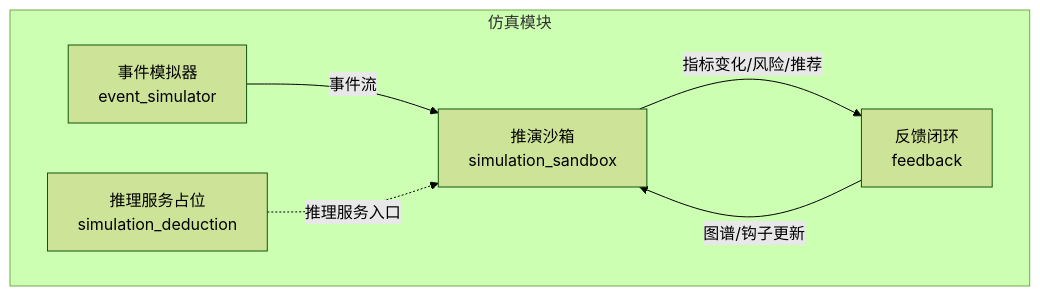
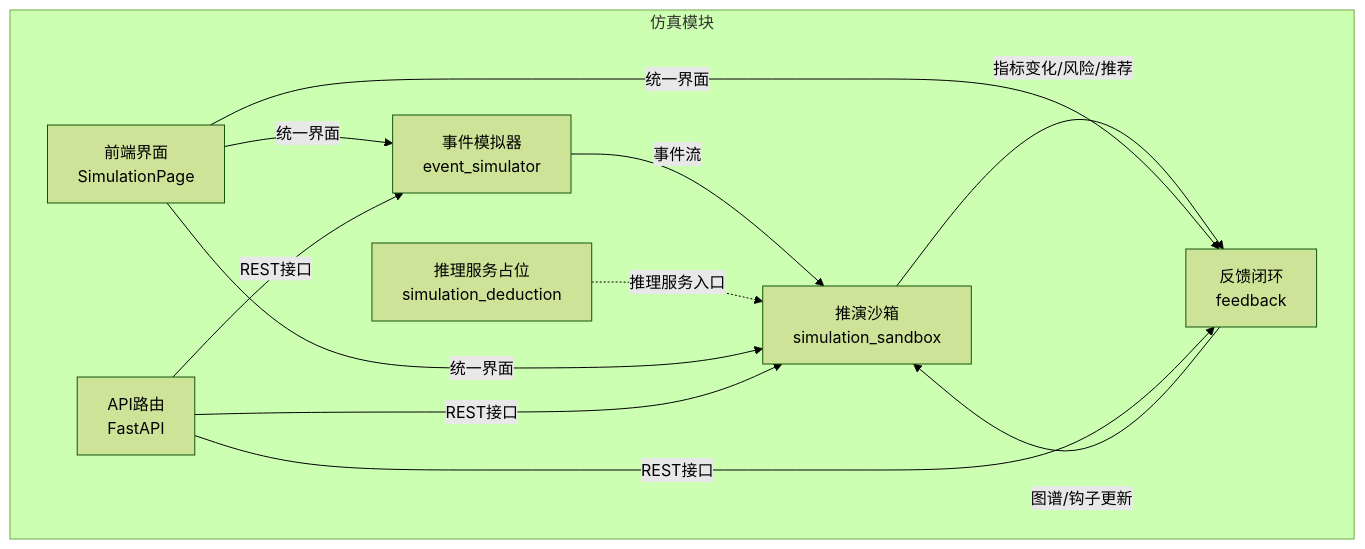
The first of 8 diagrams in .qoder/repowiki/zh/content/架构设计/分层架构设计/L3-L4 业务层/仿真反馈系统.md (inier/ontology-graphiti), drawn with Mermaid (forest theme) before and after one commit. The commit also changed other lines of this file and 7 other files, not shown here.

First line of the commit message:
fix: 策略编辑器移除审计日志Tab + 业务规则归入语义地图

````diff
--- a/.qoder/repowiki/zh/content/架构设计/分层架构设计/L3-L4 业务层/仿真反馈系统.md
+++ b/.qoder/repowiki/zh/content/架构设计/分层架构设计/L3-L4 业务层/仿真反馈系统.md
@@ -39,13 +59,21 @@
 ```mermaid
 graph TB
 subgraph "仿真模块"
 ES["事件模拟器<br/>event_simulator"]
 SS["推演沙箱<br/>simulation_sandbox"]
 FB["反馈闭环<br/>feedback"]
 SD["推理服务占位<br/>simulation_deduction"]
+UI["前端界面<br/>SimulationPage"]
+API["API路由<br/>FastAPI"]
 end
 ES --> |"事件流"| SS
 SS --> |"指标变化/风险/推荐"| FB
 FB --> |"图谱/钩子更新"| SS
 SD -.->|"推理服务入口"| SS
+UI --> |"统一界面"| ES
+UI --> |"统一界面"| SS
+UI --> |"统一界面"| FB
+API --> |"REST接口"| ES
+API --> |"REST接口"| SS
+API --> |"REST接口"| FB
 ```
````
